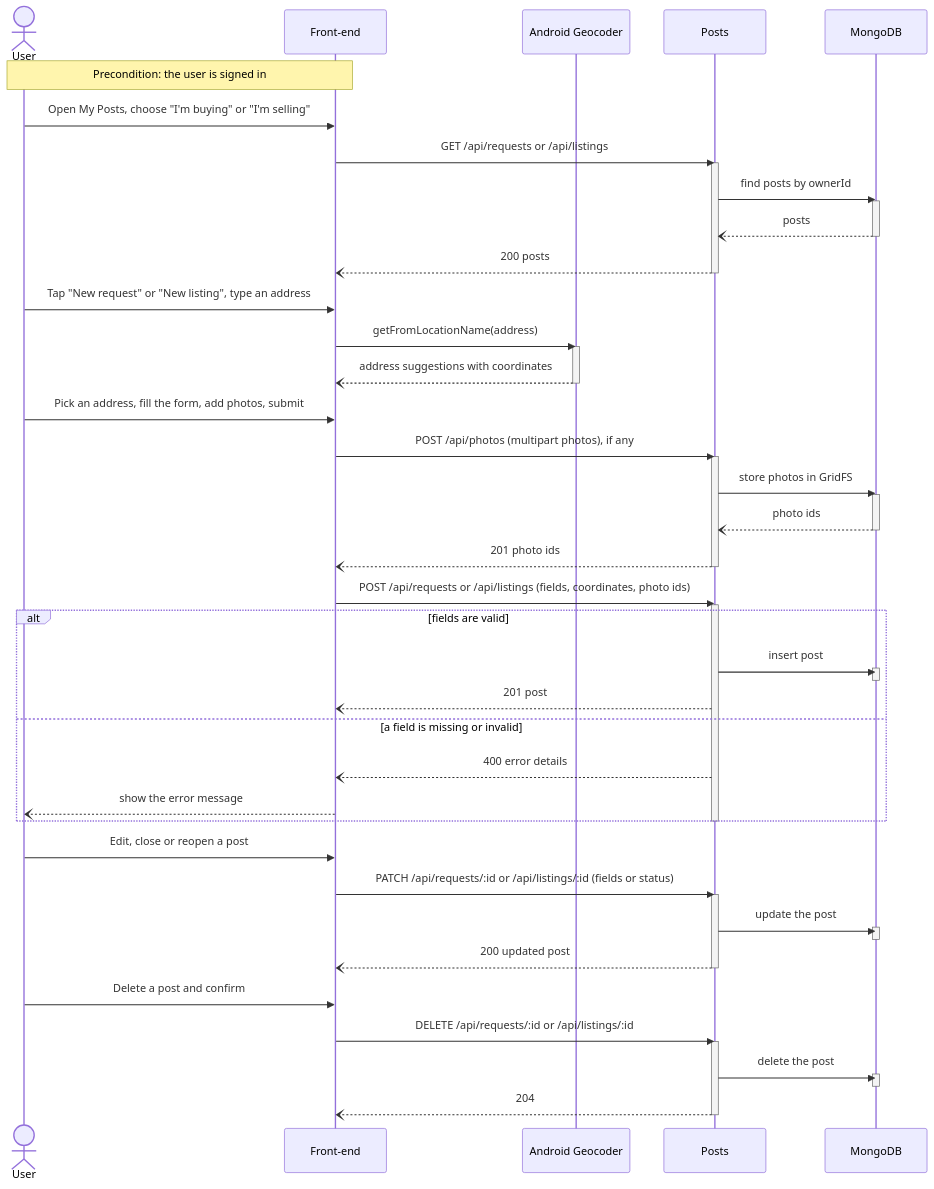
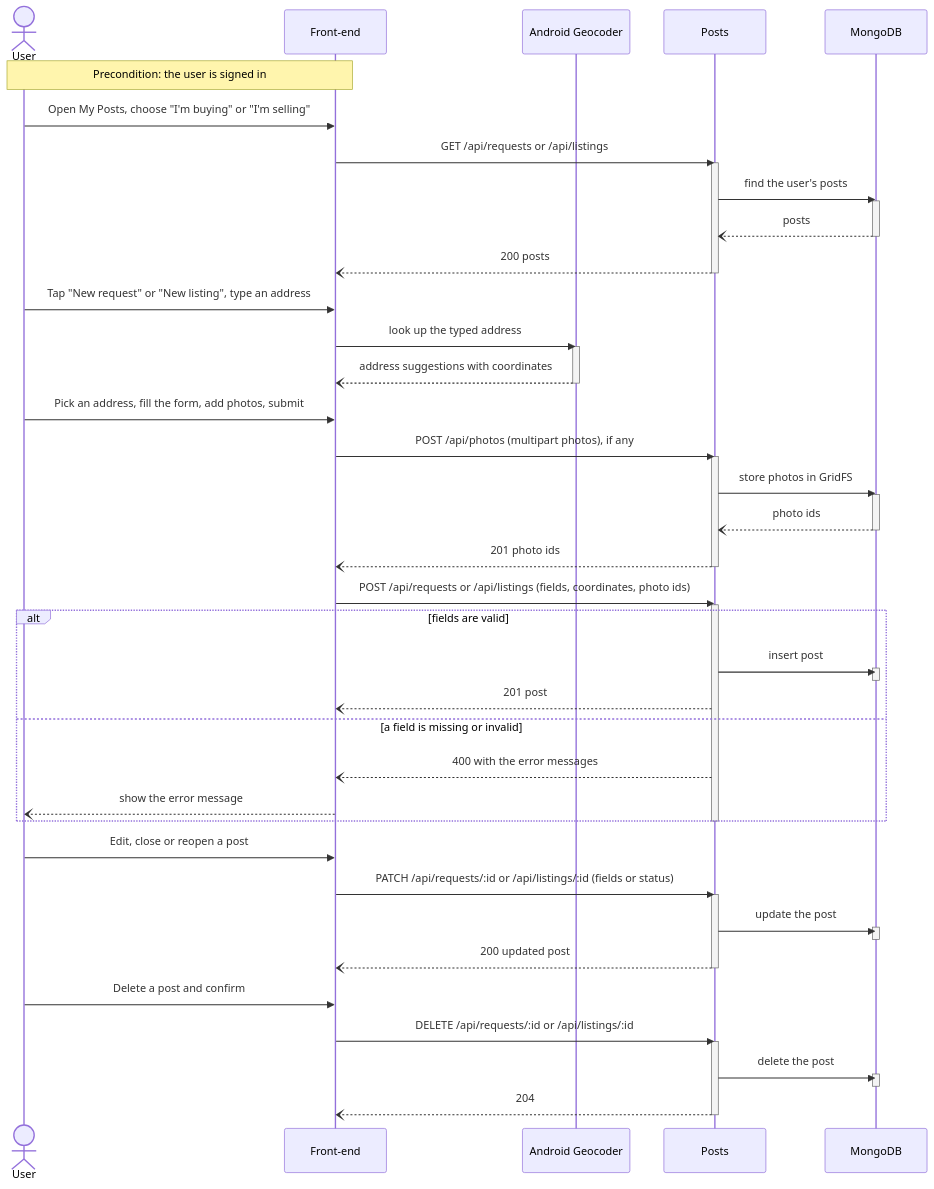
One commit to m1lun/m1skeletonProject changed the second of 6 diagrams in documentation/Requirements_and_Design.md. Above: the diagram before and after it, drawn with Mermaid. The commit also changed other lines of this file, not shown here.

Commit message:
docs: describe undefined terms in the sequence diagrams in words

````diff
--- a/documentation/Requirements_and_Design.md
+++ b/documentation/Requirements_and_Design.md
@@ -449,60 +449,60 @@
 ```mermaid
 sequenceDiagram
     actor U as User
     participant FE as Front-end
     participant GEO as Android Geocoder
     participant P as Posts
     participant DB as MongoDB
     Note over U,FE: Precondition: the user is signed in
     U->>FE: Open My Posts, choose "I'm buying" or "I'm selling"
     FE->>P: GET /api/requests or /api/listings
     activate P
-    P->>DB: find posts by ownerId
+    P->>DB: find the user's posts
     activate DB
     DB--)P: posts
     deactivate DB
     P--)FE: 200 posts
     deactivate P
     U->>FE: Tap "New request" or "New listing", type an address
-    FE->>GEO: getFromLocationName(address)
+    FE->>GEO: look up the typed address
     activate GEO
     GEO--)FE: address suggestions with coordinates
     deactivate GEO
     U->>FE: Pick an address, fill the form, add photos, submit
     FE->>P: POST /api/photos (multipart photos), if any
     activate P
     P->>DB: store photos in GridFS
     activate DB
     DB--)P: photo ids
     deactivate DB
     P--)FE: 201 photo ids
     deactivate P
     FE->>P: POST /api/requests or /api/listings (fields, coordinates, photo ids)
     activate P
     alt fields are valid
         P->>DB: insert post
         activate DB
         deactivate DB
         P--)FE: 201 post
     else a field is missing or invalid
-        P--)FE: 400 error details
+        P--)FE: 400 with the error messages
         FE--)U: show the error message
     end
     deactivate P
     U->>FE: Edit, close or reopen a post
     FE->>P: PATCH /api/requests/:id or /api/listings/:id (fields or status)
     activate P
     P->>DB: update the post
     activate DB
     deactivate DB
     P--)FE: 200 updated post
     deactivate P
     U->>FE: Delete a post and confirm
     FE->>P: DELETE /api/requests/:id or /api/listings/:id
     activate P
     P->>DB: delete the post
     activate DB
     deactivate DB
     P--)FE: 204
     deactivate P
 ```
````
